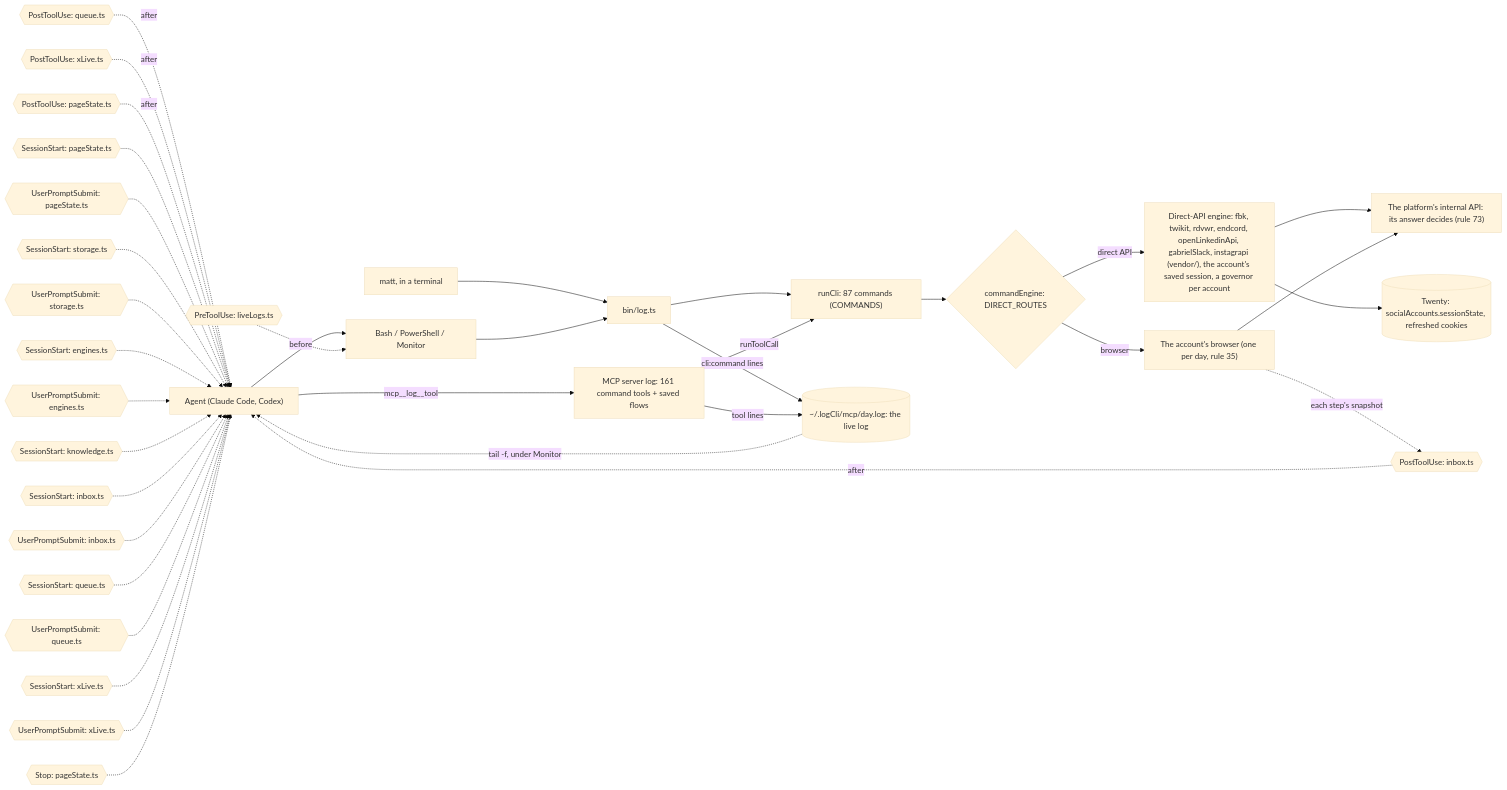
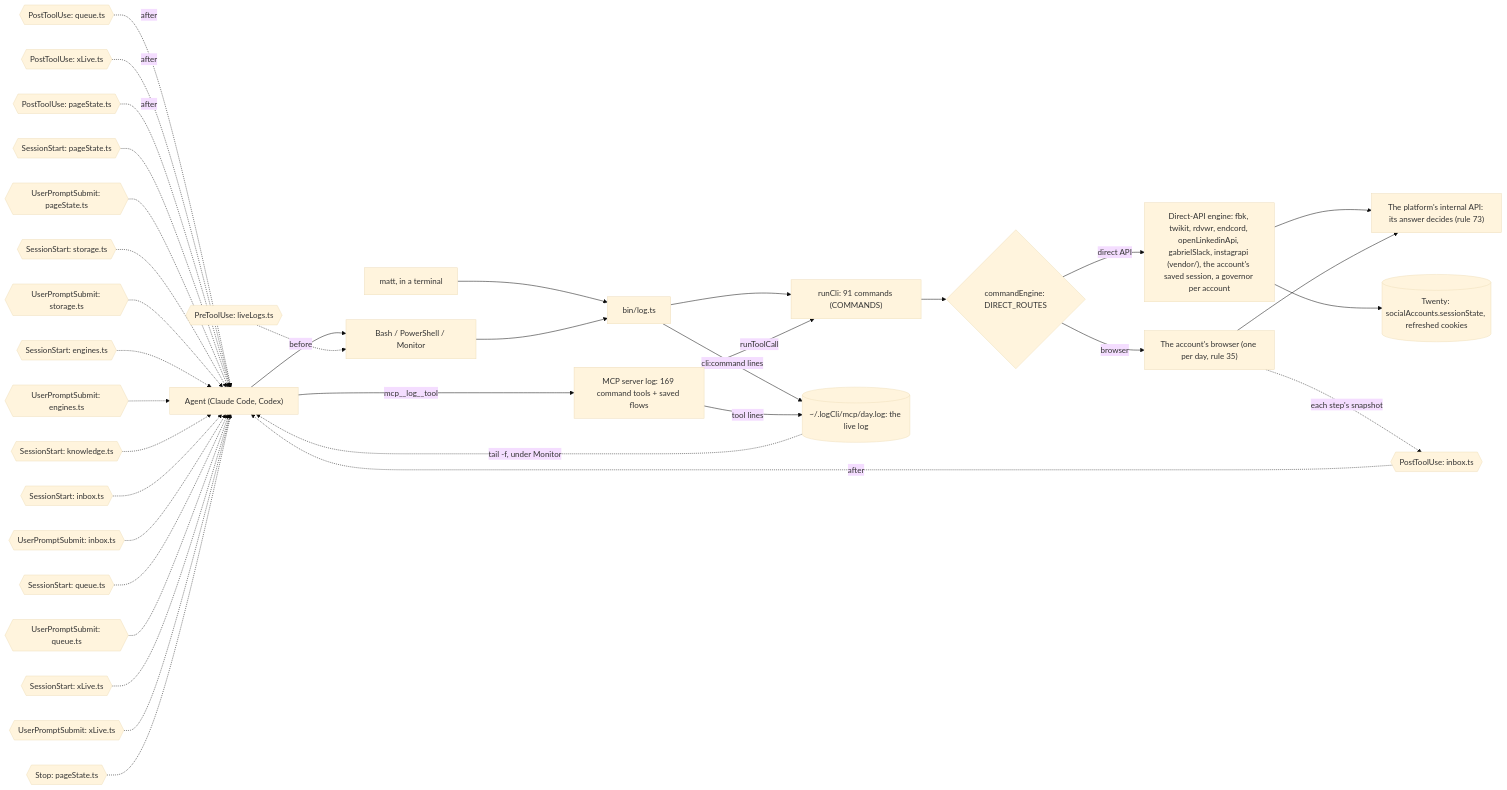
Before and after one commit to matthewdonsemail-lab/log: the third of 6 diagrams in docs/reference.md, drawn with Mermaid (base theme). The commit also changed other lines of this file and 51 other files, not shown here.

````diff
--- a/docs/reference.md
+++ b/docs/reference.md
@@ -183,50 +186,50 @@
 ```mermaid
 flowchart LR
   agent["Agent (Claude Code, Codex)"]
   matt["matt, in a terminal"]
   shell["Bash / PowerShell / Monitor"]
-  mcp["MCP server log: 161 command tools + saved flows"]
+  mcp["MCP server log: 169 command tools + saved flows"]
   bin["bin/log.ts"]
-  runCli["runCli: 87 commands (COMMANDS)"]
+  runCli["runCli: 91 commands (COMMANDS)"]
   live[("~/.logCli/mcp/day.log: the live log")]
   engine{"commandEngine: DIRECT_ROUTES"}
   direct["Direct-API engine: fbk, twikit, rdvwr, endcord, openLinkedinApi, gabrielSlack, instagrapi (vendor/), the account's saved session, a governor per account"]
   browser["The account's browser (one per day, rule 35)"]
   api["The platform's internal API: its answer decides (rule 73)"]
   twenty[("Twenty: socialAccounts.sessionState, refreshed cookies")]
   agent --> shell
   matt --> bin
   shell --> bin
   agent -->|mcp__log__tool| mcp
   bin --> runCli
   mcp -->|runToolCall| runCli
   runCli --> engine
   engine -->|direct API| direct
   engine -->|browser| browser
   direct --> api
   browser --> api
   direct --> twenty
   bin -->|cli:command lines| live
   mcp -->|tool lines| live
   live -.->|tail -f, under Monitor| agent
   pre0{{"PreToolUse: liveLogs.ts"}} -.->|before| shell
   post0{{"PostToolUse: inbox.ts"}} -.->|after| agent
   post1{{"PostToolUse: queue.ts"}} -.->|after| agent
   post2{{"PostToolUse: xLive.ts"}} -.->|after| agent
   post3{{"PostToolUse: pageState.ts"}} -.->|after| agent
   turn0{{"SessionStart: pageState.ts"}} -.-> agent
   turn1{{"UserPromptSubmit: pageState.ts"}} -.-> agent
   turn2{{"SessionStart: storage.ts"}} -.-> agent
   turn3{{"UserPromptSubmit: storage.ts"}} -.-> agent
   turn4{{"SessionStart: engines.ts"}} -.-> agent
   turn5{{"UserPromptSubmit: engines.ts"}} -.-> agent
   turn6{{"SessionStart: knowledge.ts"}} -.-> agent
   turn7{{"SessionStart: inbox.ts"}} -.-> agent
   turn8{{"UserPromptSubmit: inbox.ts"}} -.-> agent
   turn9{{"SessionStart: queue.ts"}} -.-> agent
   turn10{{"UserPromptSubmit: queue.ts"}} -.-> agent
   turn11{{"SessionStart: xLive.ts"}} -.-> agent
   turn12{{"UserPromptSubmit: xLive.ts"}} -.-> agent
   turn13{{"Stop: pageState.ts"}} -.-> agent
   browser -.->|each step's snapshot| post0
 ```
````
